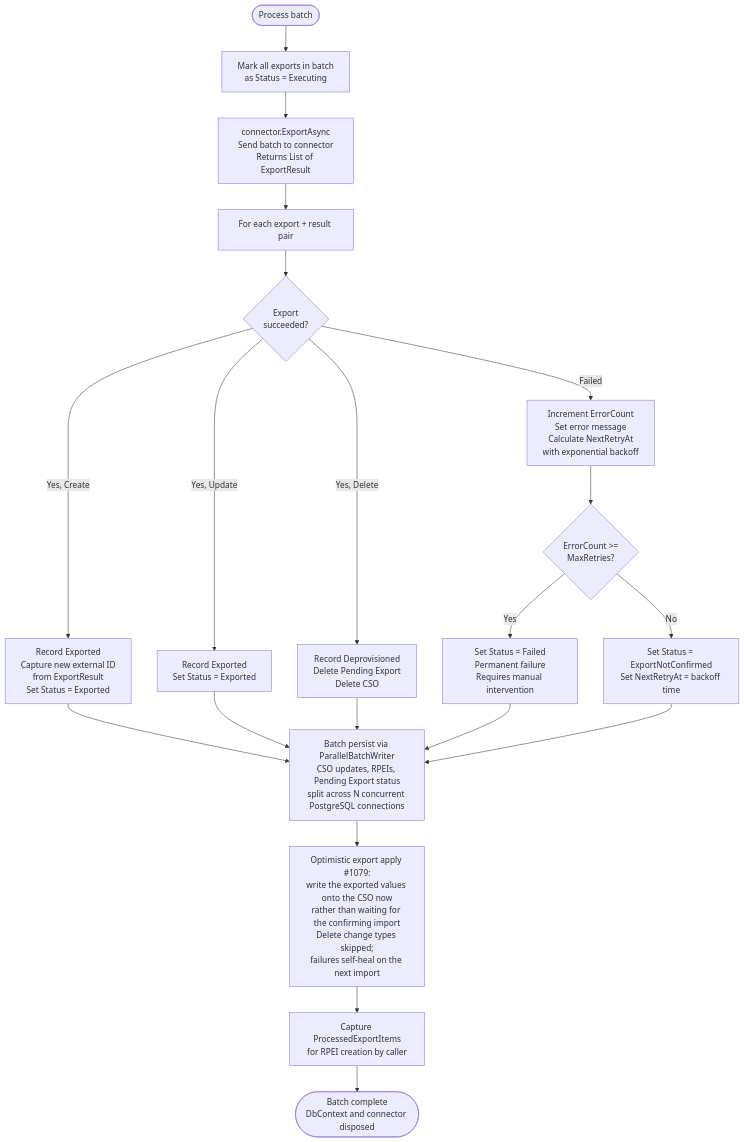
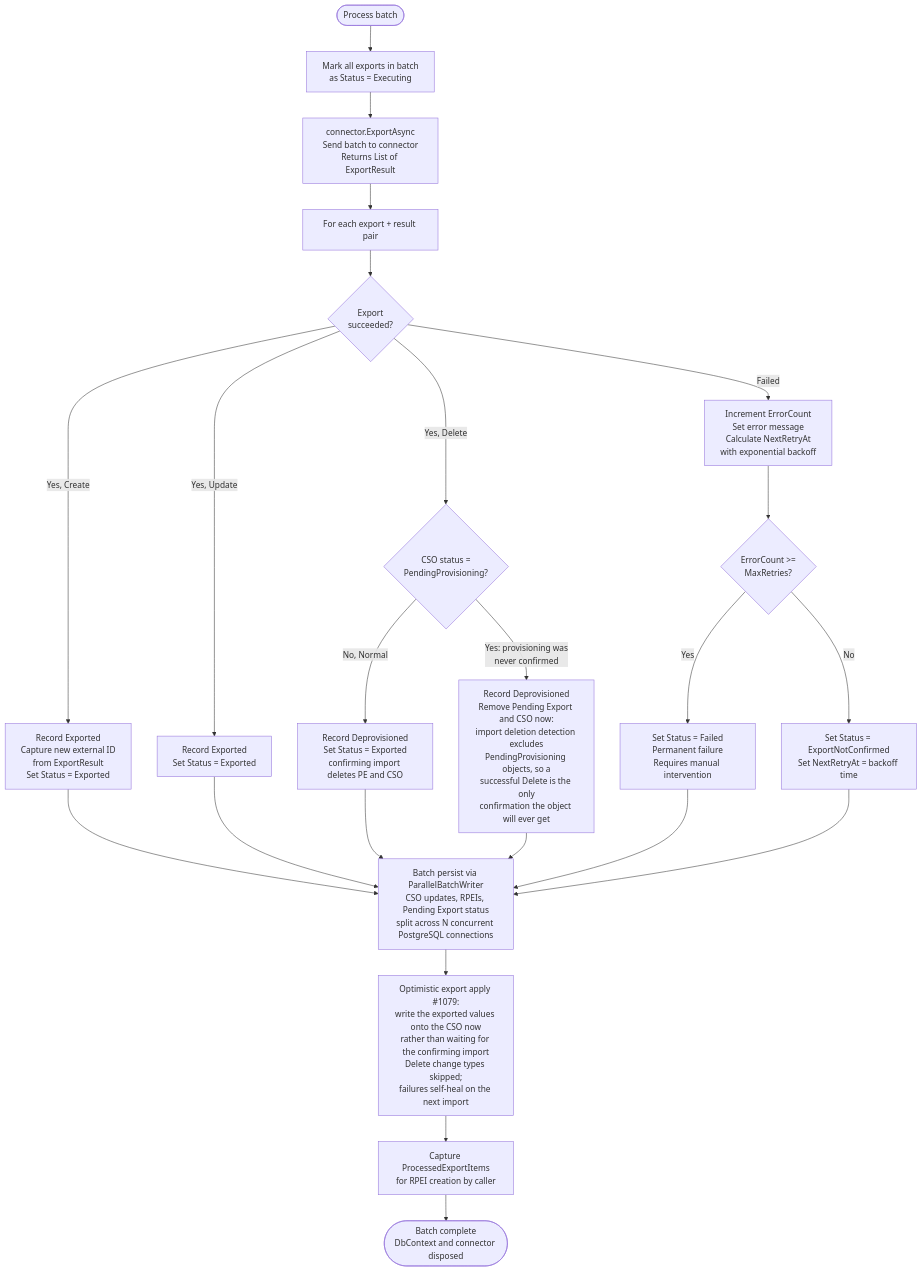
One commit to TetronIO/JIM changed the third of 5 diagrams in docs/developer/diagrams/EXPORT_EXECUTION_FLOW.md. Above: the diagram before and after it, drawn with Mermaid. The commit also changed 16 other files, not shown here.

First line of the commit message:
fix: remove a never-confirmed Connected System Object when its Delete exports

````diff
--- a/docs/developer/diagrams/EXPORT_EXECUTION_FLOW.md
+++ b/docs/developer/diagrams/EXPORT_EXECUTION_FLOW.md
@@ -99,26 +99,29 @@
 ```mermaid
 flowchart TD
     Start([Process batch]) --> MarkExecuting[Mark all exports in batch<br/>as Status = Executing]
     MarkExecuting --> CallConnector[connector.ExportAsync<br/>Send batch to connector<br/>Returns List of ExportResult]
     CallConnector --> ProcessResults[For each export + result pair]
     ProcessResults --> CheckResult{Export<br/>succeeded?}
 
     CheckResult -->|Yes, Create| HandleCreate[Record Exported<br/>Capture new external ID<br/>from ExportResult<br/>Set Status = Exported]
     CheckResult -->|Yes, Update| HandleUpdate[Record Exported<br/>Set Status = Exported]
-    CheckResult -->|Yes, Delete| HandleDelete[Record Deprovisioned<br/>Delete Pending Export<br/>Delete CSO]
+    CheckResult -->|Yes, Delete| CsoStatus{CSO status =<br/>PendingProvisioning?}
+    CsoStatus -->|No, Normal| HandleDelete[Record Deprovisioned<br/>Set Status = Exported<br/>confirming import deletes PE and CSO]
+    CsoStatus -->|Yes: provisioning was<br/>never confirmed| HandleUnconfirmedDelete[Record Deprovisioned<br/>Remove Pending Export and CSO now:<br/>import deletion detection excludes<br/>PendingProvisioning objects, so a<br/>successful Delete is the only<br/>confirmation the object will ever get]
     CheckResult -->|Failed| HandleFail[Increment ErrorCount<br/>Set error message<br/>Calculate NextRetryAt<br/>with exponential backoff]
 
     HandleCreate --> Persist
     HandleUpdate --> Persist
     HandleDelete --> Persist
+    HandleUnconfirmedDelete --> Persist
     HandleFail --> CheckMaxRetries{ErrorCount >=<br/>MaxRetries?}
     CheckMaxRetries -->|Yes| MarkFailed[Set Status = Failed<br/>Permanent failure<br/>Requires manual intervention]
     CheckMaxRetries -->|No| SetRetry[Set Status = ExportNotConfirmed<br/>Set NextRetryAt = backoff time]
     MarkFailed --> Persist
     SetRetry --> Persist
 
     Persist[Batch persist via ParallelBatchWriter<br/>CSO updates, RPEIs, Pending Export status<br/>split across N concurrent PostgreSQL connections]
     Persist --> Optimistic[Optimistic export apply #1079:<br/>write the exported values onto the CSO now<br/>rather than waiting for the confirming import<br/>Delete change types skipped;<br/>failures self-heal on the next import]
     Optimistic --> CaptureItems[Capture ProcessedExportItems<br/>for RPEI creation by caller]
     CaptureItems --> Done([Batch complete<br/>DbContext and connector disposed])
 ```
````
